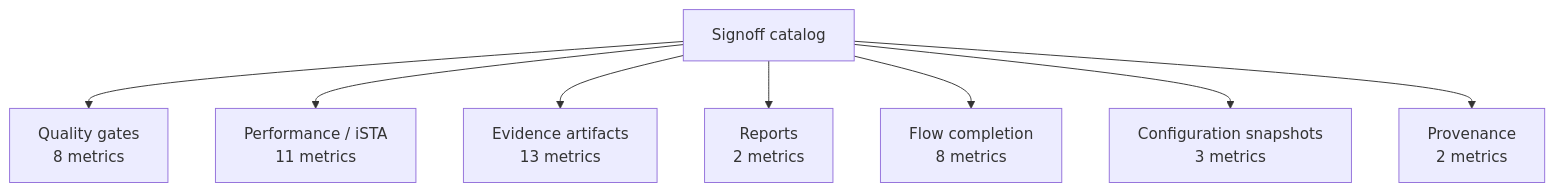
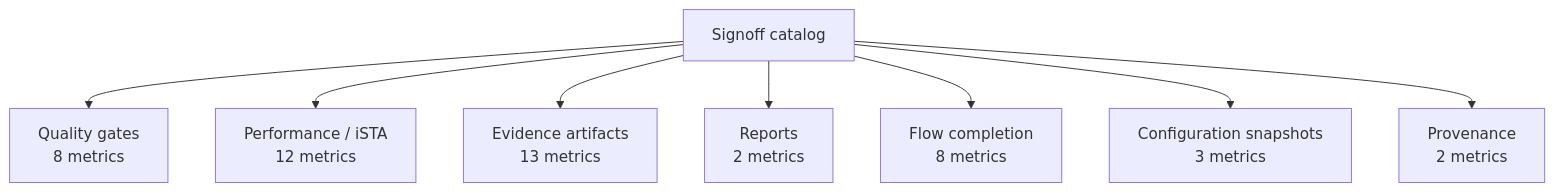
One commit to openecos-projects/ecc changed the second of 58 diagrams in .github/signoff-board/signoff-kanban.md. Above: the diagram before and after it, drawn with Mermaid. The commit also changed other lines of this file and 1 other file, not shown here.

````diff
--- a/.github/signoff-board/signoff-kanban.md
+++ b/.github/signoff-board/signoff-kanban.md
@@ -102,18 +103,18 @@
 ```mermaid
 flowchart TB
   hub["Signoff catalog"]
   map_quality_gate["Quality gates<br/>8 metrics"]
   hub --> map_quality_gate
-  map_performance["Performance / iSTA<br/>11 metrics"]
+  map_performance["Performance / iSTA<br/>12 metrics"]
   hub --> map_performance
   map_artifact["Evidence artifacts<br/>13 metrics"]
   hub --> map_artifact
   map_report["Reports<br/>2 metrics"]
   hub --> map_report
   map_flow["Flow completion<br/>8 metrics"]
   hub --> map_flow
   map_configuration["Configuration snapshots<br/>3 metrics"]
   hub --> map_configuration
   map_provenance["Provenance<br/>2 metrics"]
   hub --> map_provenance
 ```
````
